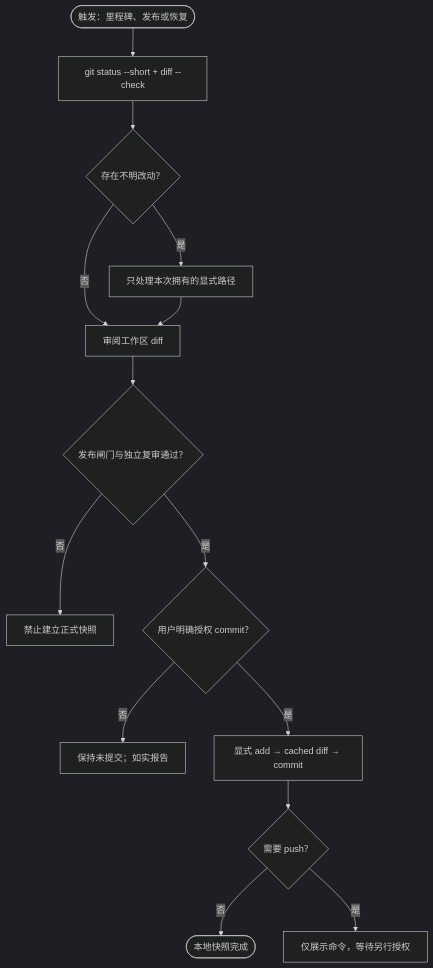
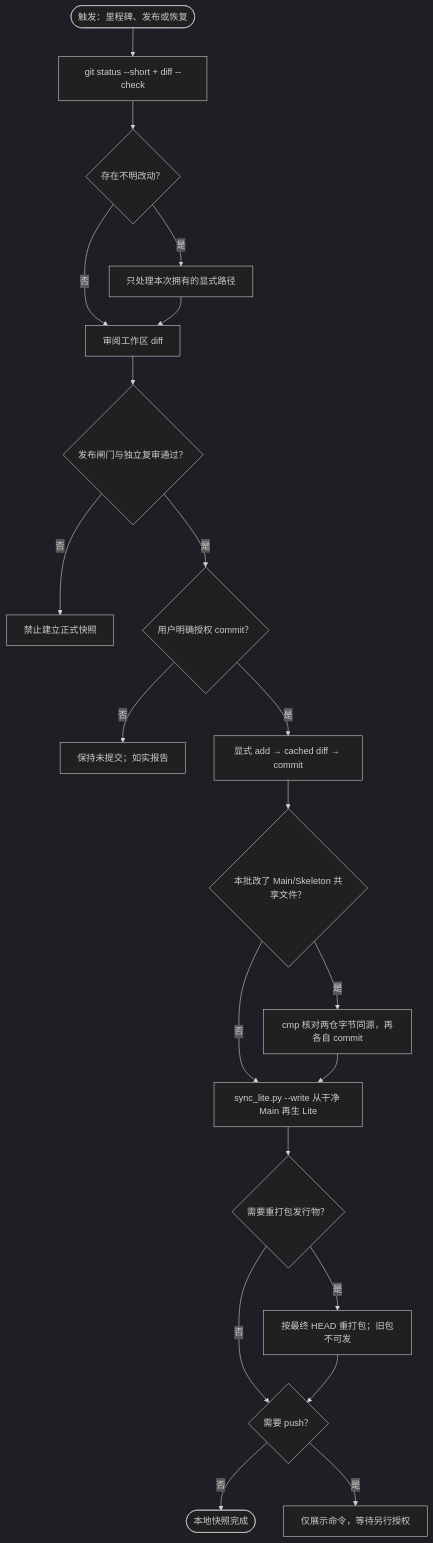
Before and after one commit to lungstrahv/T2AG: the third of 5 diagrams in main/50_playbook/t2ag_flow.md, drawn with Mermaid (dark theme). The commit also changed other lines of this file and 4 other files, not shown here.

First line of the commit message:
docs(flow): align 0.2.3 flow diagrams and offline guide with generator and lite projection

````diff
--- a/main/50_playbook/t2ag_flow.md
+++ b/main/50_playbook/t2ag_flow.md
@@ -220,29 +231,41 @@
 ```mermaid
 flowchart TD
 A(["触发：里程碑、发布或恢复"])
 B["git status --short + diff --check"]
 C{"存在不明改动？"}
 D["只处理本次拥有的显式路径"]
 E["审阅工作区 diff"]
 F{"发布闸门与独立复审通过？"}
 G["禁止建立正式快照"]
 H{"用户明确授权 commit？"}
 I["保持未提交；如实报告"]
 J["显式 add → cached diff → commit"]
+N{"本批改了 Main/Skeleton 共享文件？"}
+O["cmp 核对两仓字节同源，再各自 commit"]
+P["sync_lite.py --write 从干净 Main 再生 Lite"]
+Q{"需要重打包发行物？"}
+R["按最终 HEAD 重打包；旧包不可发"]
 K{"需要 push？"}
 L["仅展示命令，等待另行授权"]
 M(["本地快照完成"])
 A --> B
 B --> C
 C -- "是" --> D
 C -- "否" --> E
 D --> E
 E --> F
 F -- "否" --> G
 F -- "是" --> H
 H -- "否" --> I
 H -- "是" --> J
-J --> K
+J --> N
+N -- "是" --> O
+N -- "否" --> P
+O --> P
+P --> Q
+Q -- "是" --> R
+Q -- "否" --> K
+R --> K
 K -- "否" --> M
 K -- "是" --> L
 ```
````
